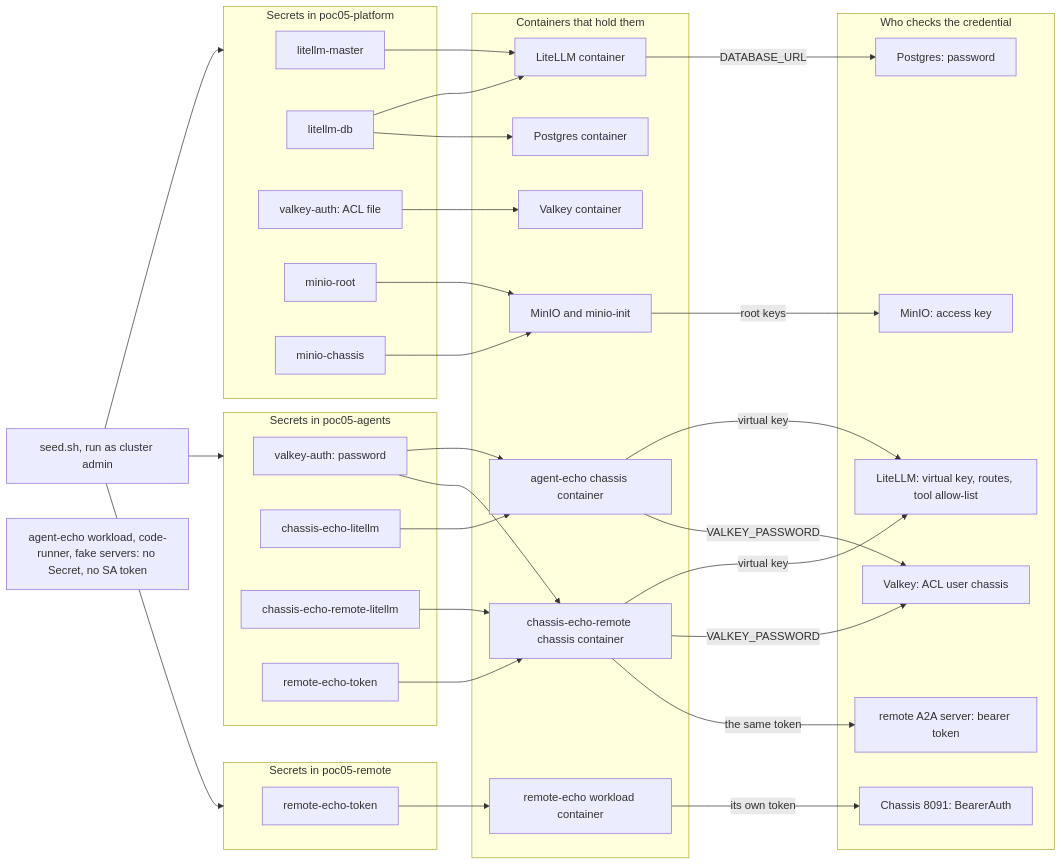
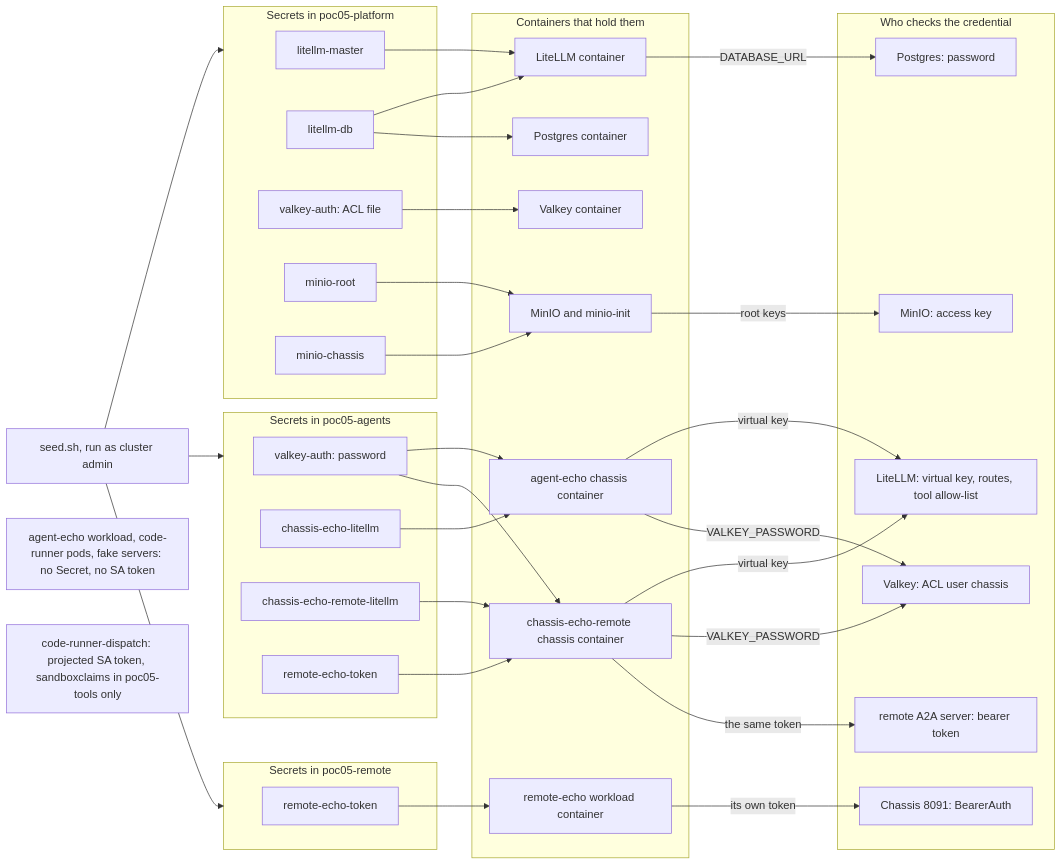
One commit to odere-pro/agent-playground changed the sixth of 6 diagrams in docs/guides/poc-05-how-it-works.md. Above: the diagram before and after it, drawn with Mermaid. The commit also changed other lines of this file and 9 other files, not shown here.

````diff
--- a/docs/guides/poc-05-how-it-works.md
+++ b/docs/guides/poc-05-how-it-works.md
@@ -347,62 +402,63 @@
 ```mermaid
 flowchart LR
     seed["seed.sh, run as cluster admin"]
     subgraph platformSecrets["Secrets in poc05-platform"]
         sMaster["litellm-master"]
         sDb["litellm-db"]
         sValkeyAcl["valkey-auth: ACL file"]
         sMinioRoot["minio-root"]
         sMinioChassis["minio-chassis"]
     end
     subgraph agentSecrets["Secrets in poc05-agents"]
         sValkeyPw["valkey-auth: password"]
         sKeyEcho["chassis-echo-litellm"]
         sKeyRemote["chassis-echo-remote-litellm"]
         sTokA["remote-echo-token"]
     end
     subgraph remoteSecrets["Secrets in poc05-remote"]
         sTokR["remote-echo-token"]
     end
     subgraph holders["Containers that hold them"]
         cLitellm["LiteLLM container"]
         cPg["Postgres container"]
         cValkey["Valkey container"]
         cMinio["MinIO and minio-init"]
         cChS["agent-echo chassis container"]
         cChR["chassis-echo-remote chassis container"]
         cWR["remote-echo workload container"]
     end
-    noSecret["agent-echo workload, code-runner, fake servers: no Secret, no SA token"]
+    noSecret["agent-echo workload, code-runner pods, fake servers: no Secret, no SA token"]
+    dispatchTok["code-runner-dispatch: projected SA token, sandboxclaims in poc05-tools only"]
     subgraph checks["Who checks the credential"]
         vLitellm["LiteLLM: virtual key, routes, tool allow-list"]
         vPg["Postgres: password"]
         vValkey["Valkey: ACL user chassis"]
         vMinio["MinIO: access key"]
         vListener["Chassis 8091: BearerAuth"]
         vA2A["remote A2A server: bearer token"]
     end
 
     seed --> platformSecrets
     seed --> agentSecrets
     seed --> remoteSecrets
     sMaster --> cLitellm
     sDb --> cLitellm
     sDb --> cPg
     sValkeyAcl --> cValkey
     sMinioRoot --> cMinio
     sMinioChassis --> cMinio
     sValkeyPw --> cChS
     sValkeyPw --> cChR
     sKeyEcho --> cChS
     sKeyRemote --> cChR
     sTokA --> cChR
     sTokR --> cWR
     cChS -->|"virtual key"| vLitellm
     cChR -->|"virtual key"| vLitellm
     cChS -->|"VALKEY_PASSWORD"| vValkey
     cChR -->|"VALKEY_PASSWORD"| vValkey
     cLitellm -->|"DATABASE_URL"| vPg
     cMinio -->|"root keys"| vMinio
     cWR -->|"its own token"| vListener
     cChR -->|"the same token"| vA2A
 ```
````
